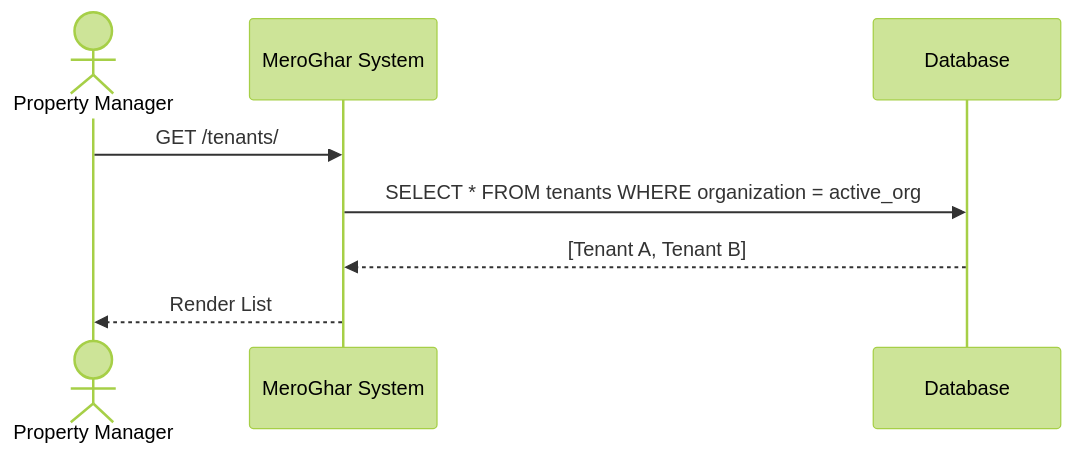
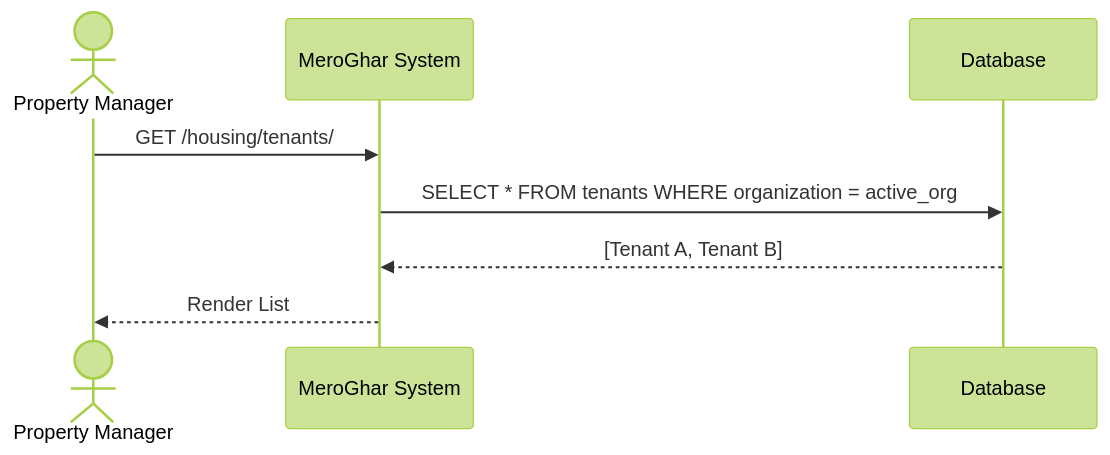
Before and after one commit to 0Ankit0/meroghar: the first of 4 diagrams in docs/workflows/tenant.md, drawn with Mermaid (forest theme). The commit also changed other lines of this file and 12 other files, not shown here.

````diff
--- a/docs/workflows/tenant.md
+++ b/docs/workflows/tenant.md
@@ -14,11 +14,11 @@
 ```mermaid
 sequenceDiagram
     actor Manager as Property Manager
     participant System as MeroGhar System
     participant DB as Database
 
-    Manager->>System: GET /tenants/
+    Manager->>System: GET /housing/tenants/
     System->>DB: SELECT * FROM tenants WHERE organization = active_org
     DB-->>System: [Tenant A, Tenant B]
     System-->>Manager: Render List
 ```
````
